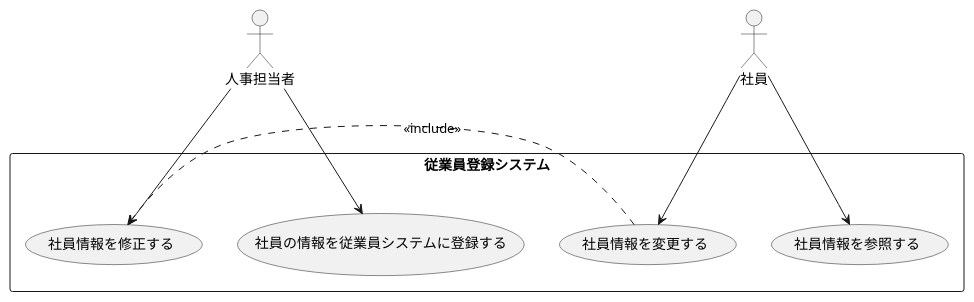
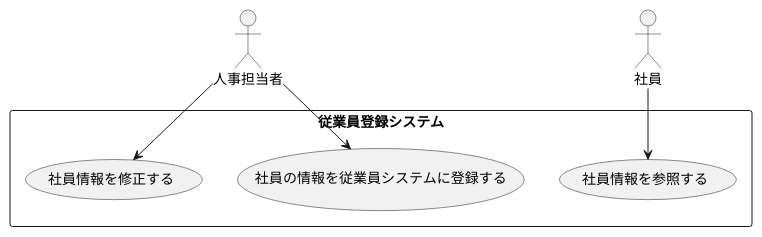
The diagram in 演習2-6_盛岡システム_従業員登録システム.pu (moppechan/uml_introduction), drawn with PlantUML before and after one commit.

Commit message:
修正

```diff
--- a/演習2-6_盛岡システム_従業員登録システム.pu
+++ b/演習2-6_盛岡システム_従業員登録システム.pu
@@ -1,15 +1,12 @@
 @startuml ユースケース図
 actor 人事担当者
 actor 社員
 rectangle 従業員登録システム{
     usecase 社員の情報を従業員システムに登録する
     usecase 社員情報を参照する
-    usecase 社員情報を変更する
     usecase 社員情報を修正する
 }
 人事担当者-->社員の情報を従業員システムに登録する
 人事担当者-->社員情報を修正する
 社員-->社員情報を参照する
-社員-->社員情報を変更する
-社員情報を変更する.>社員情報を修正する:<<include>>
 @enduml
```
